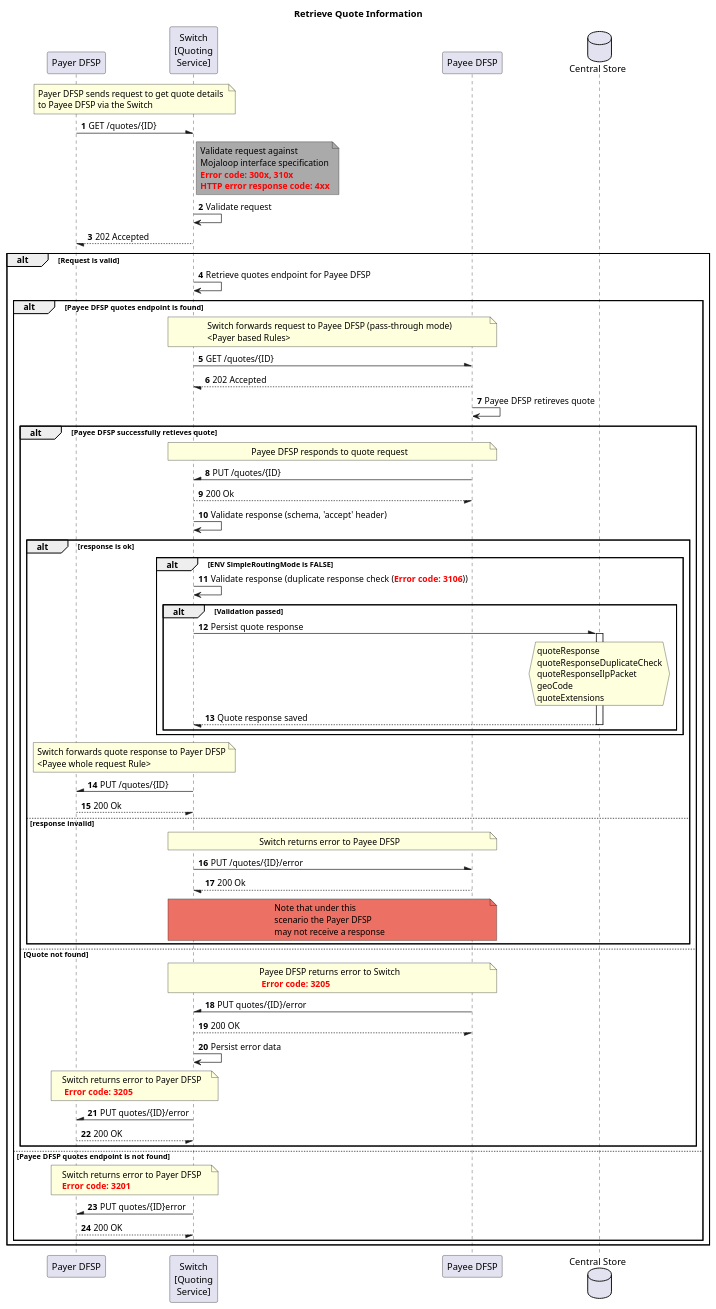
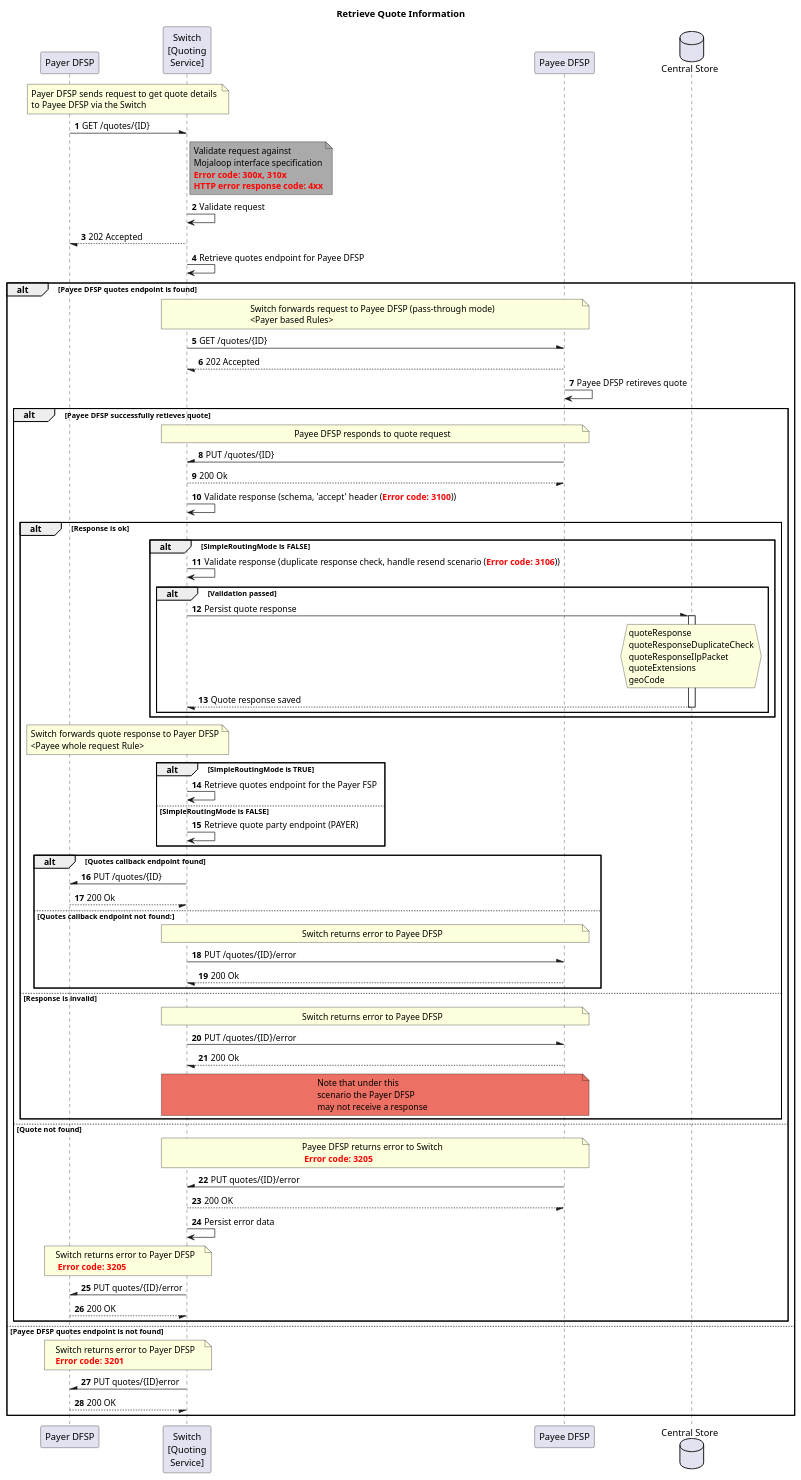
One commit to mojaloop/documentation changed the diagram in mojaloop-technical-overview/quoting-service/assets/diagrams/sequence/seq-get-quotes-1.1.0.plantuml. Above: the diagram before and after it, drawn with PlantUML.

Commit message:
Update GET /quotes/{ID}

```diff
--- a/mojaloop-technical-overview/quoting-service/assets/diagrams/sequence/seq-get-quotes-1.1.0.plantuml
+++ b/mojaloop-technical-overview/quoting-service/assets/diagrams/sequence/seq-get-quotes-1.1.0.plantuml
@@ -1,75 +1,84 @@
 @startuml
 Title Retrieve Quote Information
 participant "Payer DFSP" as PayerDFSP
 participant "Switch\n[Quoting\nService]" as Switch
 participant "Payee DFSP" as PayeeDFSP
 database "Central Store" as DB
 autonumber
 note over PayerDFSP, Switch: Payer DFSP sends request to get quote details \nto Payee DFSP via the Switch
 PayerDFSP -\ Switch: GET /quotes/{ID}
 note right of Switch #aaa
     Validate request against 
     Mojaloop interface specification
     **<color #red>Error code: 300x, 310x</color>**
     **<color #red>HTTP error response code: 4xx</color>**
 end note
 Switch -> Switch: Validate request
 PayerDFSP \-- Switch: 202 Accepted
-alt Request is valid
-    Switch -> Switch: Retrieve quotes endpoint for Payee DFSP
-    alt Payee DFSP quotes endpoint is found
-        note over Switch, PayeeDFSP: Switch forwards request to Payee DFSP (pass-through mode)\n<Payer based Rules> 
-        Switch -\ PayeeDFSP: GET /quotes/{ID}
-        PayeeDFSP --/ Switch: 202 Accepted
-        PayeeDFSP -> PayeeDFSP: Payee DFSP retireves quote
-        alt Payee DFSP successfully retieves quote
-            note over PayeeDFSP, Switch: Payee DFSP responds to quote request
-            PayeeDFSP -\ Switch: PUT /quotes/{ID}
-            Switch --/ PayeeDFSP: 200 Ok
-            Switch -> Switch: Validate response (schema, 'accept' header)
-            alt response is ok
-                alt ENV SimpleRoutingMode is FALSE
-                    Switch -> Switch: Validate response (duplicate response check (<color #red>**Error code: 3106**</color>))
-                    alt Validation passed
-                        Switch -\ DB: Persist quote response
-                        activate DB
-                            hnote over DB
-                                quoteResponse
-                                quoteResponseDuplicateCheck
-                                quoteResponseIlpPacket
-                                geoCode
-                                quoteExtensions
-                            end hnote
-                        Switch \-- DB: Quote response saved
-                        deactivate DB
-                    end
+Switch -> Switch: Retrieve quotes endpoint for Payee DFSP
+alt Payee DFSP quotes endpoint is found
+    note over Switch, PayeeDFSP: Switch forwards request to Payee DFSP (pass-through mode)\n<Payer based Rules> 
+    Switch -\ PayeeDFSP: GET /quotes/{ID}
+    PayeeDFSP --/ Switch: 202 Accepted
+    PayeeDFSP -> PayeeDFSP: Payee DFSP retireves quote
+    alt Payee DFSP successfully retieves quote
+        note over PayeeDFSP, Switch: Payee DFSP responds to quote request
+        PayeeDFSP -\ Switch: PUT /quotes/{ID}
+        Switch --/ PayeeDFSP: 200 Ok
+        Switch -> Switch: Validate response (schema, 'accept' header (<color #red>**Error code: 3100**</color>))
+        alt Response is ok
+            alt SimpleRoutingMode is FALSE
+                Switch -> Switch: Validate response (duplicate response check, handle resend scenario (<color #red>**Error code: 3106**</color>))
+                alt Validation passed
+                    Switch -\ DB: Persist quote response
+                    activate DB
+                        hnote over DB
+                            quoteResponse
+                            quoteResponseDuplicateCheck
+                            quoteResponseIlpPacket
+                            quoteExtensions
+                            geoCode
+                        end hnote
+                    Switch \-- DB: Quote response saved
+                    deactivate DB
                 end
-                note over Switch, PayerDFSP: Switch forwards quote response to Payer DFSP\n<Payee \ whole request Rule>
+            end
+            note over Switch, PayerDFSP: Switch forwards quote response to Payer DFSP\n<Payee \ whole request Rule>
+            alt SimpleRoutingMode is TRUE
+                Switch -> Switch: Retrieve quotes endpoint for the Payer FSP
+            else SimpleRoutingMode is FALSE
+                Switch -> Switch: Retrieve quote party endpoint (PAYER)
+            end
+            alt Quotes callback endpoint found
                 Switch -\ PayerDFSP: PUT /quotes/{ID}
-                PayerDFSP --/ Switch: 200 Ok
-            else response invalid
-                note over Switch, PayeeDFSP: Switch returns error to Payee DFSP
+                PayerDFSP --/ Switch: 200 Ok    
+            else Quotes callback endpoint not found:
+                 note over Switch, PayeeDFSP: Switch returns error to Payee DFSP
                 Switch -\ PayeeDFSP: PUT /quotes/{ID}/error
                 PayeeDFSP --/ Switch : 200 Ok
-                note over Switch, PayeeDFSP #ec7063: Note that under this\nscenario the Payer DFSP\nmay not receive a response
             end
+        else Response is invalid
+            note over Switch, PayeeDFSP: Switch returns error to Payee DFSP
+            Switch -\ PayeeDFSP: PUT /quotes/{ID}/error
+            PayeeDFSP --/ Switch : 200 Ok
+            note over Switch, PayeeDFSP #ec7063: Note that under this\nscenario the Payer DFSP\nmay not receive a response
+        end
 
-        else Quote not found
-            note over PayeeDFSP, Switch: Payee DFSP returns error to Switch\n <color #red>**Error code: 3205**</color>
-            PayeeDFSP -\ Switch: PUT quotes/{ID}/error
-            Switch --/ PayeeDFSP: 200 OK
-            Switch -> Switch: Persist error data
-            note over PayerDFSP, Switch: Switch returns error to Payer DFSP\n <color #red>**Error code: 3205**</color>
-            Switch -\ PayerDFSP: PUT quotes/{ID}/error
-            PayerDFSP --/ Switch: 200 OK
-        end
-    else Payee DFSP quotes endpoint is not found
-        note over PayerDFSP, Switch
-            Switch returns error to Payer DFSP
-            **<color #red>Error code: 3201</color>**
-        end note
-        PayerDFSP /- Switch: PUT quotes/{ID}error
+    else Quote not found
+        note over PayeeDFSP, Switch: Payee DFSP returns error to Switch\n <color #red>**Error code: 3205**</color>
+        PayeeDFSP -\ Switch: PUT quotes/{ID}/error
+        Switch --/ PayeeDFSP: 200 OK
+        Switch -> Switch: Persist error data
+        note over PayerDFSP, Switch: Switch returns error to Payer DFSP\n <color #red>**Error code: 3205**</color>
+        Switch -\ PayerDFSP: PUT quotes/{ID}/error
         PayerDFSP --/ Switch: 200 OK
     end
+else Payee DFSP quotes endpoint is not found
+    note over PayerDFSP, Switch
+        Switch returns error to Payer DFSP
+        **<color #red>Error code: 3201</color>**
+    end note
+    PayerDFSP /- Switch: PUT quotes/{ID}error
+    PayerDFSP --/ Switch: 200 OK
 end
 @enduml
```
